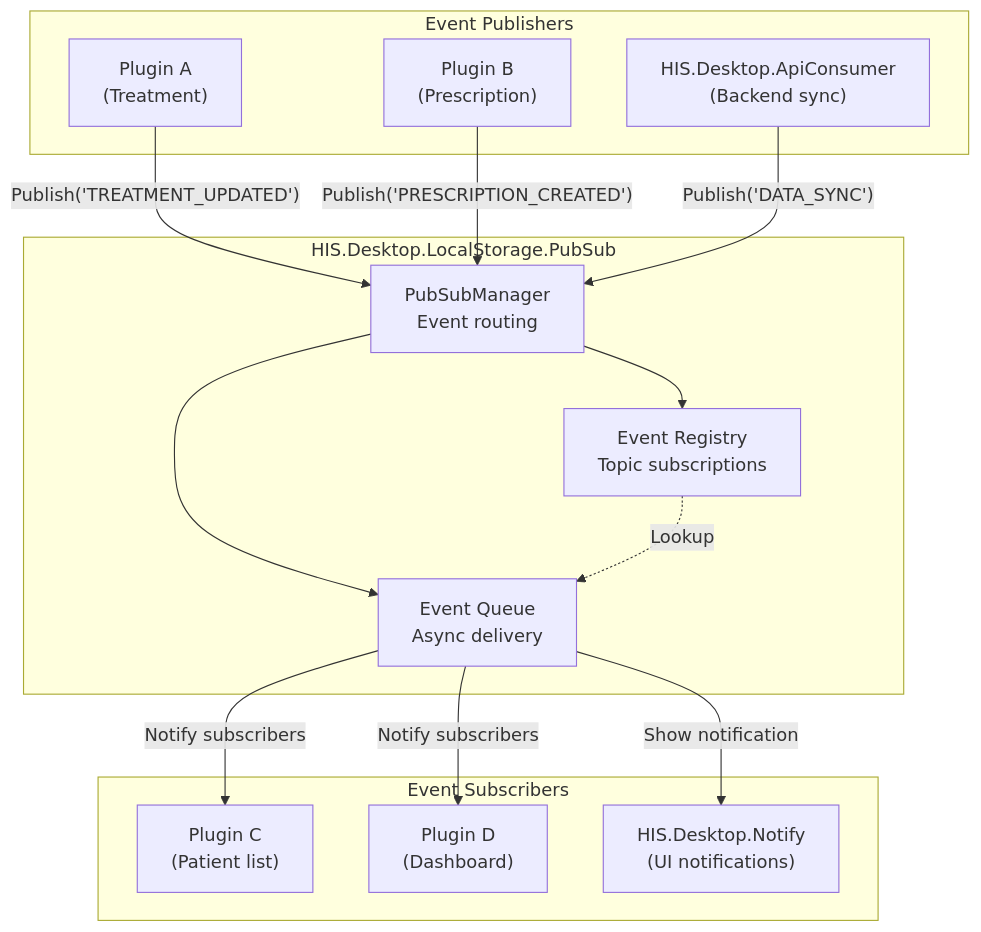
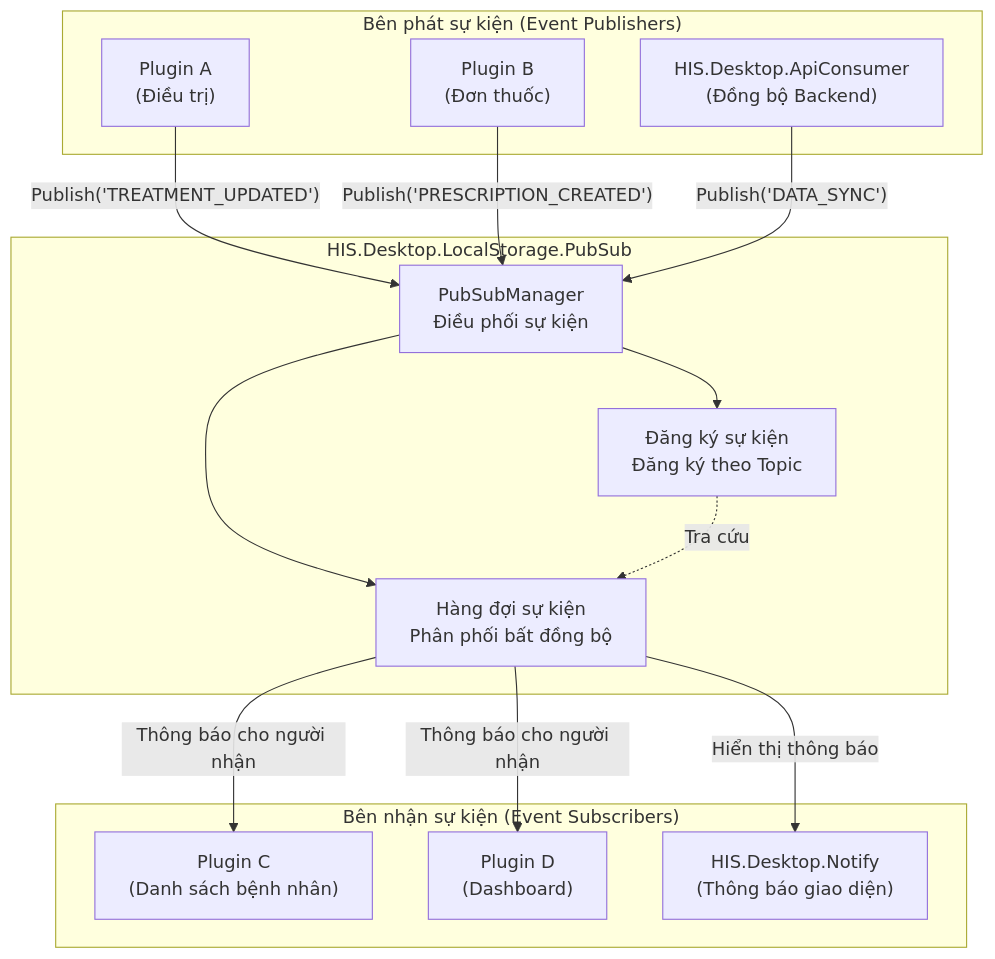
Before and after one commit to thangpnb/HIS: the first of 32 diagrams in docs/his-ba-documentation/04-integrations/notifications-events.md, drawn with Mermaid. The commit also changed other lines of this file and 30 other files, not shown here.

Commit message:
Refactor architecture docs and update translations

````diff
--- a/docs/his-ba-documentation/04-integrations/notifications-events.md
+++ b/docs/his-ba-documentation/04-integrations/notifications-events.md
@@ -36,33 +36,33 @@
 ```mermaid
 graph TB
-    subgraph "Event Publishers"
-        PluginA["Plugin A<br/>(Treatment)"]
-        PluginB["Plugin B<br/>(Prescription)"]
-        ApiConsumer["HIS.Desktop.ApiConsumer<br/>(Backend sync)"]
+    subgraph "Bên phát sự kiện (Event Publishers)"
+        PluginA["Plugin A<br/>(Điều trị)"]
+        PluginB["Plugin B<br/>(Đơn thuốc)"]
+        ApiConsumer["HIS.Desktop.ApiConsumer<br/>(Đồng bộ Backend)"]
     end
     
     subgraph "HIS.Desktop.LocalStorage.PubSub"
-        PubSubManager["PubSubManager<br/>Event routing"]
-        EventRegistry["Event Registry<br/>Topic subscriptions"]
-        EventQueue["Event Queue<br/>Async delivery"]
+        PubSubManager["PubSubManager<br/>Điều phối sự kiện"]
+        EventRegistry["Đăng ký sự kiện<br/>Đăng ký theo Topic"]
+        EventQueue["Hàng đợi sự kiện<br/>Phân phối bất đồng bộ"]
     end
     
-    subgraph "Event Subscribers"
-        PluginC["Plugin C<br/>(Patient list)"]
+    subgraph "Bên nhận sự kiện (Event Subscribers)"
+        PluginC["Plugin C<br/>(Danh sách bệnh nhân)"]
         PluginD["Plugin D<br/>(Dashboard)"]
-        NotifyUI["HIS.Desktop.Notify<br/>(UI notifications)"]
+        NotifyUI["HIS.Desktop.Notify<br/>(Thông báo giao diện)"]
     end
     
     PluginA -->|"Publish('TREATMENT_UPDATED')"| PubSubManager
     PluginB -->|"Publish('PRESCRIPTION_CREATED')"| PubSubManager
     ApiConsumer -->|"Publish('DATA_SYNC')"| PubSubManager
     
     PubSubManager --> EventRegistry
     PubSubManager --> EventQueue
     
-    EventQueue -->|"Notify subscribers"| PluginC
-    EventQueue -->|"Notify subscribers"| PluginD
-    EventQueue -->|"Show notification"| NotifyUI
+    EventQueue -->|"Thông báo cho người nhận"| PluginC
+    EventQueue -->|"Thông báo cho người nhận"| PluginD
+    EventQueue -->|"Hiển thị thông báo"| NotifyUI
     
-    EventRegistry -.->|"Lookup"| EventQueue
+    EventRegistry -.->|"Tra cứu"| EventQueue
 ```
````
